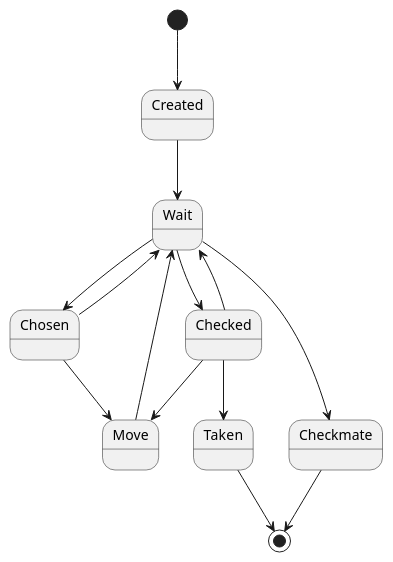
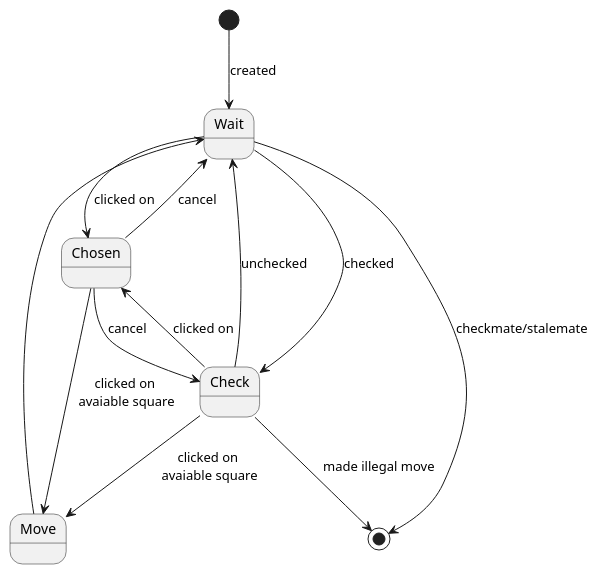
The diagram in nhom_3/UML/StateMachine/King.plantuml (hoanglt1223/SET2021), drawn with PlantUML before and after one commit. The commit also changed 5 other files, not shown here.

Commit message:
nhom_3 | update UML

```diff
--- a/nhom_3/UML/StateMachine/King.plantuml
+++ b/nhom_3/UML/StateMachine/King.plantuml
@@ -1,15 +1,14 @@
 @startuml King
-[*] --> Created
-Created --> Wait
-Wait --> Chosen
-Chosen --> Move
-Chosen --> Wait
+[*] --> Wait : created
+Wait --> Chosen : clicked on
+Chosen --> Move : clicked on\n avaiable square
+Chosen --> Wait : cancel
 Move --> Wait
-Wait --> Checked
-Checked --> Move
-Checked --> Wait
-Checked --> Taken
-Wait --> Checkmate
-Checkmate --> [*]
-Taken --> [*]
+Wait --> Check : checked
+Check --> Wait : unchecked
+Check --> Chosen : clicked on
+Chosen --> Check : cancel
+Check --> Move : clicked on\n avaiable square
+Check --> [*] : made illegal move
+Wait --> [*] : checkmate/stalemate
 @enduml
```
